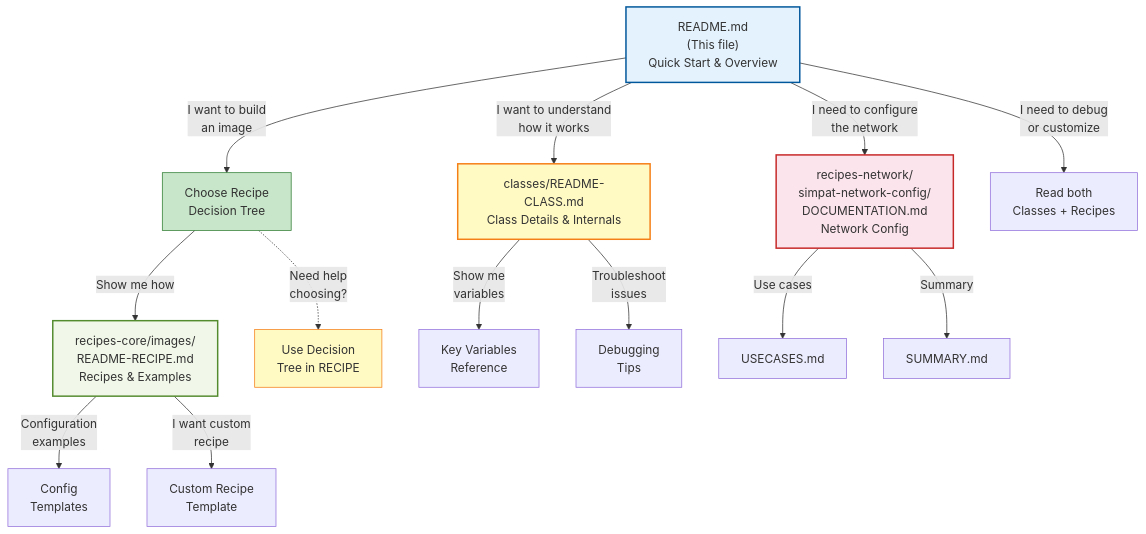
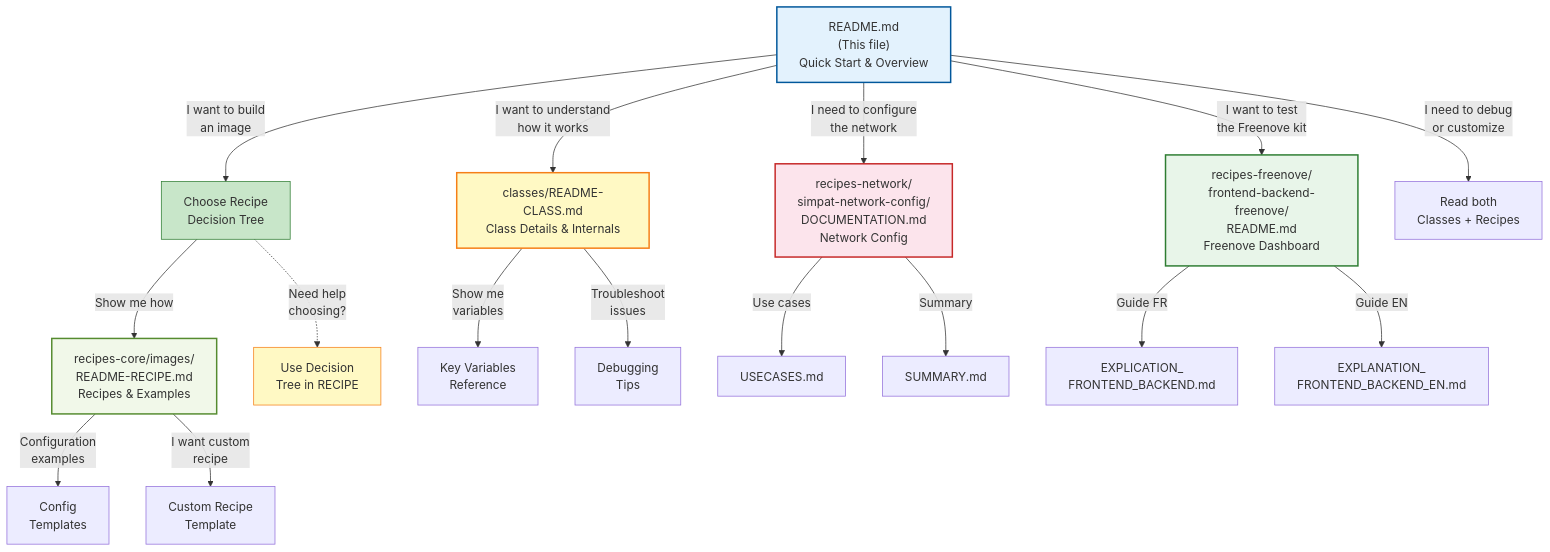
Before and after one commit to minkosimon/meta-raspberrypi-simpat: the first of 4 diagrams in README.md, drawn with Mermaid. The commit also changed other lines of this file and 3 other files, not shown here.

Commit message:
[doc]: Add documentation about frontend and backend

````diff
--- a/README.md
+++ b/README.md
@@ -44,32 +47,37 @@
 ```mermaid
 graph TD
     A["README.md<br/>(This file)<br/>Quick Start & Overview"]
     B["classes/README-CLASS.md<br/>Class Details & Internals"]
     C["recipes-core/images/<br/>README-RECIPE.md<br/>Recipes & Examples"]
     D["recipes-network/<br/>simpat-network-config/<br/>DOCUMENTATION.md<br/>Network Config"]
-    
+    E["recipes-freenove/<br/>frontend-backend-freenove/<br/>README.md<br/>Freenove Dashboard"]
+
     A -->|"I want to build<br/>an image"| REC["Choose Recipe<br/>Decision Tree"]
     REC -->|"Show me how"| C
-    
+
     A -->|"I want to understand<br/>how it works"| B
     A -->|"I need to configure<br/>the network"| D
+    A -->|"I want to test<br/>the Freenove kit"| E
     A -->|"I need to debug<br/>or customize"| BOTH["Read both<br/>Classes + Recipes"]
-    
+
     B -->|"Show me<br/>variables"| VARS["Key Variables<br/>Reference"]
     B -->|"Troubleshoot<br/>issues"| DEBUG["Debugging<br/>Tips"]
-    
+
     C -->|"Configuration<br/>examples"| CONFIG["Config<br/>Templates"]
     C -->|"I want custom<br/>recipe"| CUSTOM["Custom Recipe<br/>Template"]
-    
+
     D -->|"Use cases"| UC["USECASES.md"]
     D -->|"Summary"| SUM["SUMMARY.md"]
-    
+    E -->|"Guide FR"| FR["EXPLICATION_<br/>FRONTEND_BACKEND.md"]
+    E -->|"Guide EN"| EN["EXPLANATION_<br/>FRONTEND_BACKEND_EN.md"]
+
     REC -.->|"Need help<br/>choosing?"| DECISION["Use Decision<br/>Tree in RECIPE"]
-    
+
     style A fill:#e3f2fd,stroke:#01579b,stroke-width:2px
     style B fill:#fff9c4,stroke:#f57f17,stroke-width:2px
     style C fill:#f1f8e9,stroke:#558b2f,stroke-width:2px
     style D fill:#fce4ec,stroke:#c62828,stroke-width:2px
+    style E fill:#e8f5e9,stroke:#2e7d32,stroke-width:2px
     style REC fill:#c8e6c9,stroke:#2e7d32
     style DECISION fill:#fff9c4,stroke:#f57f17
 ```
````
